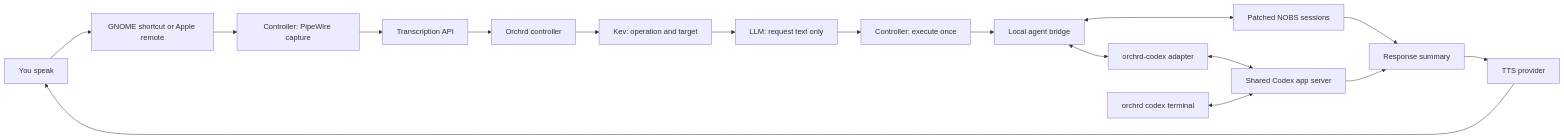
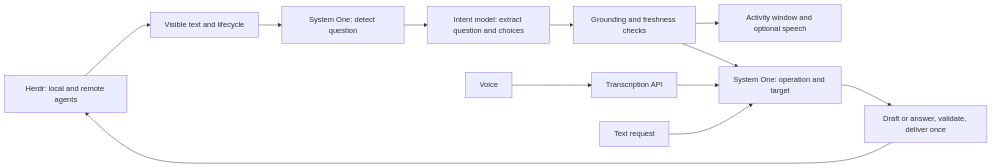
Before and after one commit to KacperLa/orchrd: the diagram in README.md, drawn with Mermaid. The commit also changed other lines of this file and 27 other files, not shown here.

Commit message:
Make Herdr the sole agent source and discover remote machines

````diff
--- a/README.md
+++ b/README.md
@@ -104,19 +295,14 @@
 ```mermaid
 flowchart LR
-    Voice[You speak] --> Input[GNOME shortcut or Apple remote]
-    Input --> Capture[Controller: PipeWire capture]
-    Capture --> STT[Transcription API]
-    STT --> Router[Orchrd controller]
-    Router --> Decision[Kev: operation and target]
-    Decision --> Draft[LLM: request text only]
-    Draft --> Execute[Controller: execute once]
-    Execute --> Bridge[Local agent bridge]
-    Bridge <--> NOBS[Patched NOBS sessions]
-    Bridge <--> Adapter[orchrd-codex adapter]
-    Adapter <--> Server[Shared Codex app server]
-    Terminal[orchrd codex terminal] <--> Server
-    NOBS --> Summary[Response summary]
-    Server --> Summary
-    Summary --> TTS[TTS provider]
-    TTS --> Voice
+    Herdr[Herdr: local and remote agents] --> Capture[Visible text and lifecycle]
+    Capture --> Detect[System One: detect question]
+    Detect --> Extract[Intent model: extract question and choices]
+    Extract --> Check[Grounding and freshness checks]
+    Check --> Present[Activity window and optional speech]
+    Voice[Voice] --> STT[Transcription API]
+    STT --> Route[System One: operation and target]
+    Text[Text request] --> Route
+    Check --> Route
+    Route --> Input[Draft or answer, validate, deliver once]
+    Input --> Herdr
 ```
````
